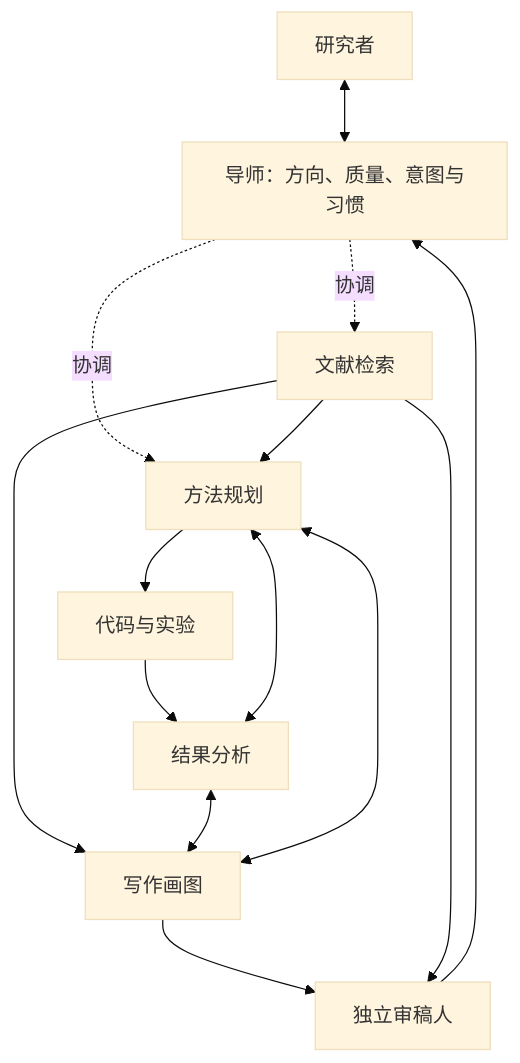
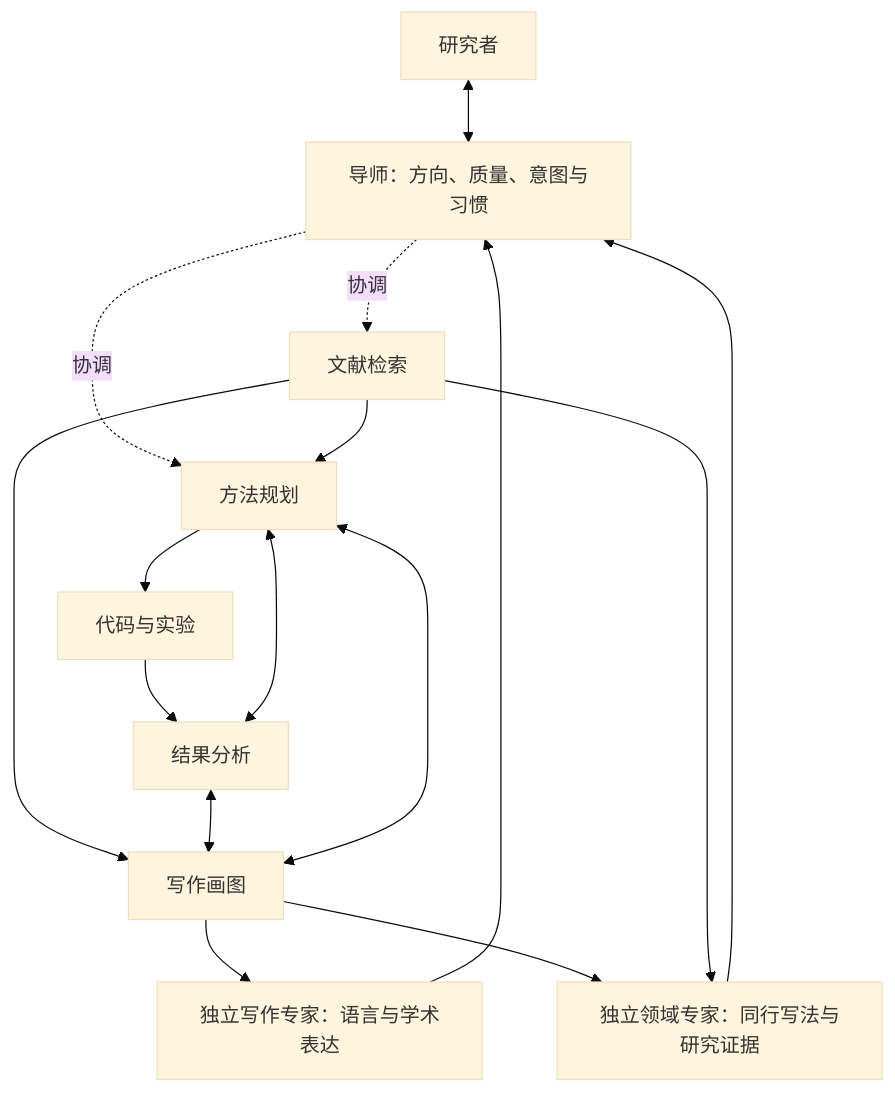
The diagram in docs/architecture.md (zhuhaoran666/ai-research-agents), drawn with Mermaid (base theme) before and after one commit. The commit also changed other lines of this file and 23 other files, not shown here.

````diff
--- a/docs/architecture.md
+++ b/docs/architecture.md
@@ -21,16 +23,18 @@
 ```mermaid
 flowchart TB
     U[研究者] <--> T[导师：方向、质量、意图与习惯]
     T -. 协调 .-> L[文献检索]
     T -. 协调 .-> M[方法规划]
     L --> M
     M --> C[代码与实验]
     C --> A[结果分析]
     A <--> M
     L --> W[写作画图]
     A <--> W
     W <--> M
-    W --> R[独立审稿人]
-    L --> R
-    R --> T
+    W --> RW[独立写作专家：语言与学术表达]
+    W --> RD[独立领域专家：同行写法与研究证据]
+    L --> RD
+    RW --> T
+    RD --> T
 ```
````
